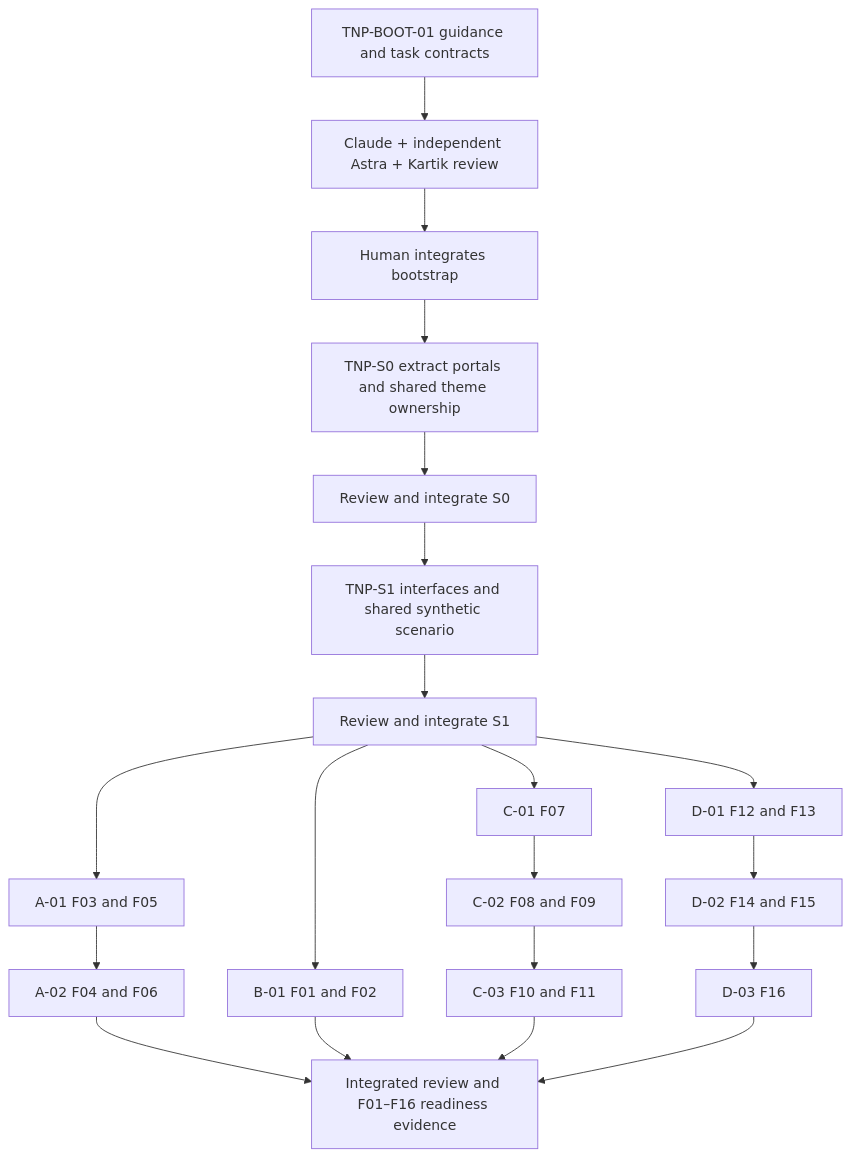
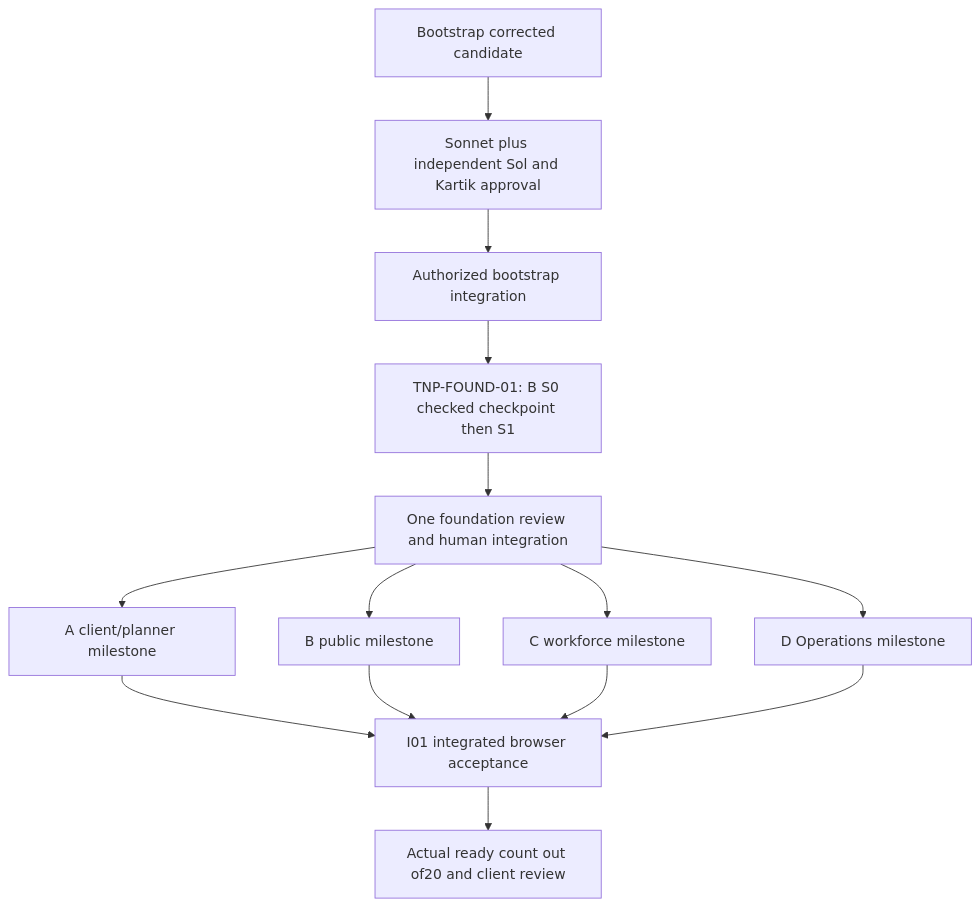
One commit to tejas104/TNP-Hospitality changed the diagram in docs/DELIVERY-PLAN.md. Above: the diagram before and after it, drawn with Mermaid. The commit also changed other lines of this file and 25 other files, not shown here.

````diff
--- a/docs/DELIVERY-PLAN.md
+++ b/docs/DELIVERY-PLAN.md
@@ -8,22 +7,16 @@
 ```mermaid
 flowchart TD
-  BOOT[TNP-BOOT-01 guidance and task contracts] --> RB[Claude + independent Astra + Kartik review]
-  RB --> MB[Human integrates bootstrap]
-  MB --> S0[TNP-S0 extract portals and shared theme ownership]
-  S0 --> R0[Review and integrate S0]
-  R0 --> S1[TNP-S1 interfaces and shared synthetic scenario]
-  S1 --> R1[Review and integrate S1]
-  R1 --> A1[A-01 F03 and F05]
-  A1 --> A2[A-02 F04 and F06]
-  R1 --> B1[B-01 F01 and F02]
-  R1 --> C1[C-01 F07]
-  C1 --> C2[C-02 F08 and F09]
-  C2 --> C3[C-03 F10 and F11]
-  R1 --> D1[D-01 F12 and F13]
-  D1 --> D2[D-02 F14 and F15]
-  D2 --> D3[D-03 F16]
-  A2 --> QA[Integrated review and F01–F16 readiness evidence]
-  B1 --> QA
-  C3 --> QA
-  D3 --> QA
+  BOOT[Bootstrap corrected candidate] --> RB[Sonnet plus independent Sol and Kartik approval]
+  RB --> MB[Authorized bootstrap integration]
+  MB --> F[TNP-FOUND-01: B S0 checked checkpoint then S1]
+  F --> RF[One foundation review and human integration]
+  RF --> A[A client/planner milestone]
+  RF --> B[B public milestone]
+  RF --> C[C workforce milestone]
+  RF --> D[D Operations milestone]
+  A --> I[I01 integrated browser acceptance]
+  B --> I
+  C --> I
+  D --> I
+  I --> DEMO[Actual ready count out of20 and client review]
 ```
````
